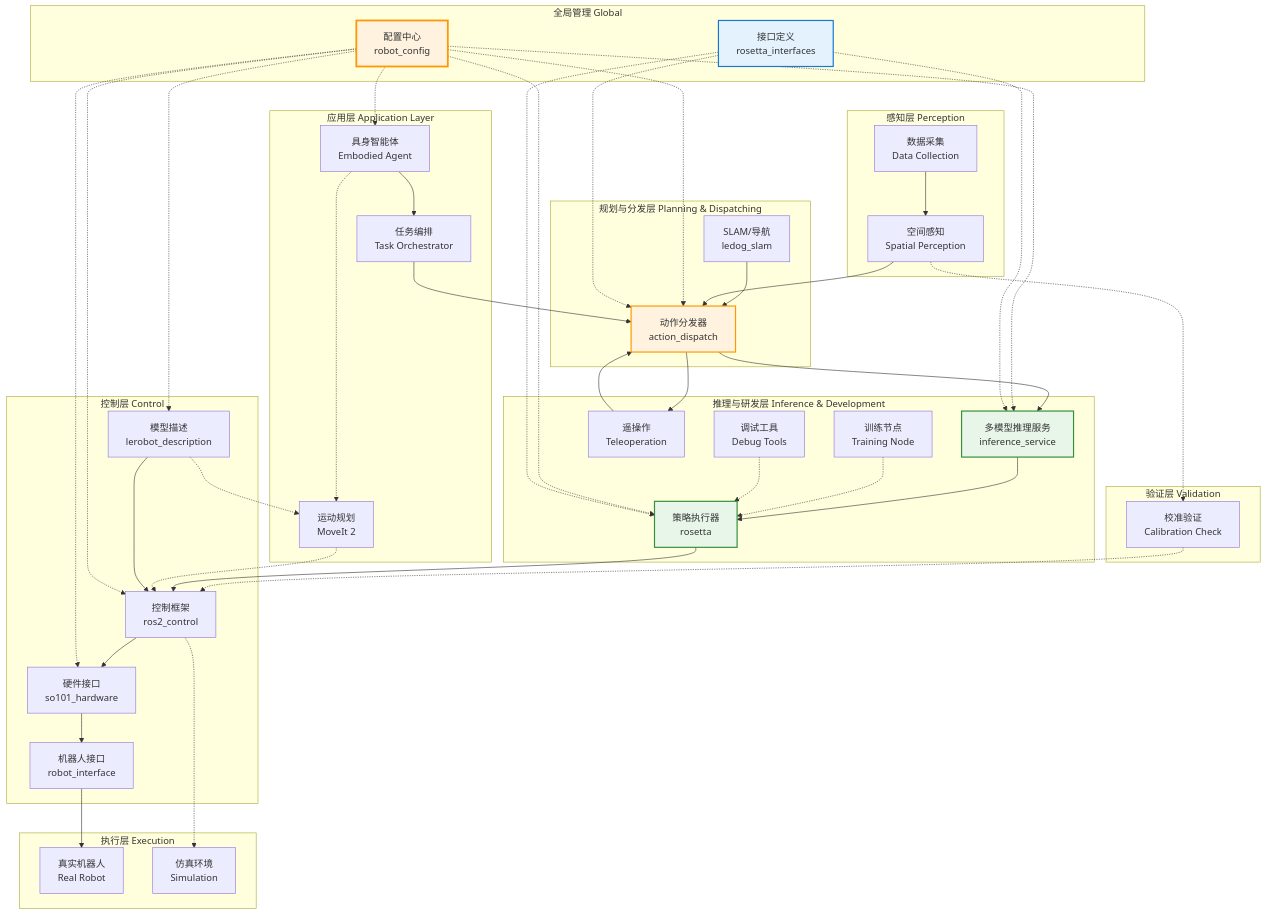
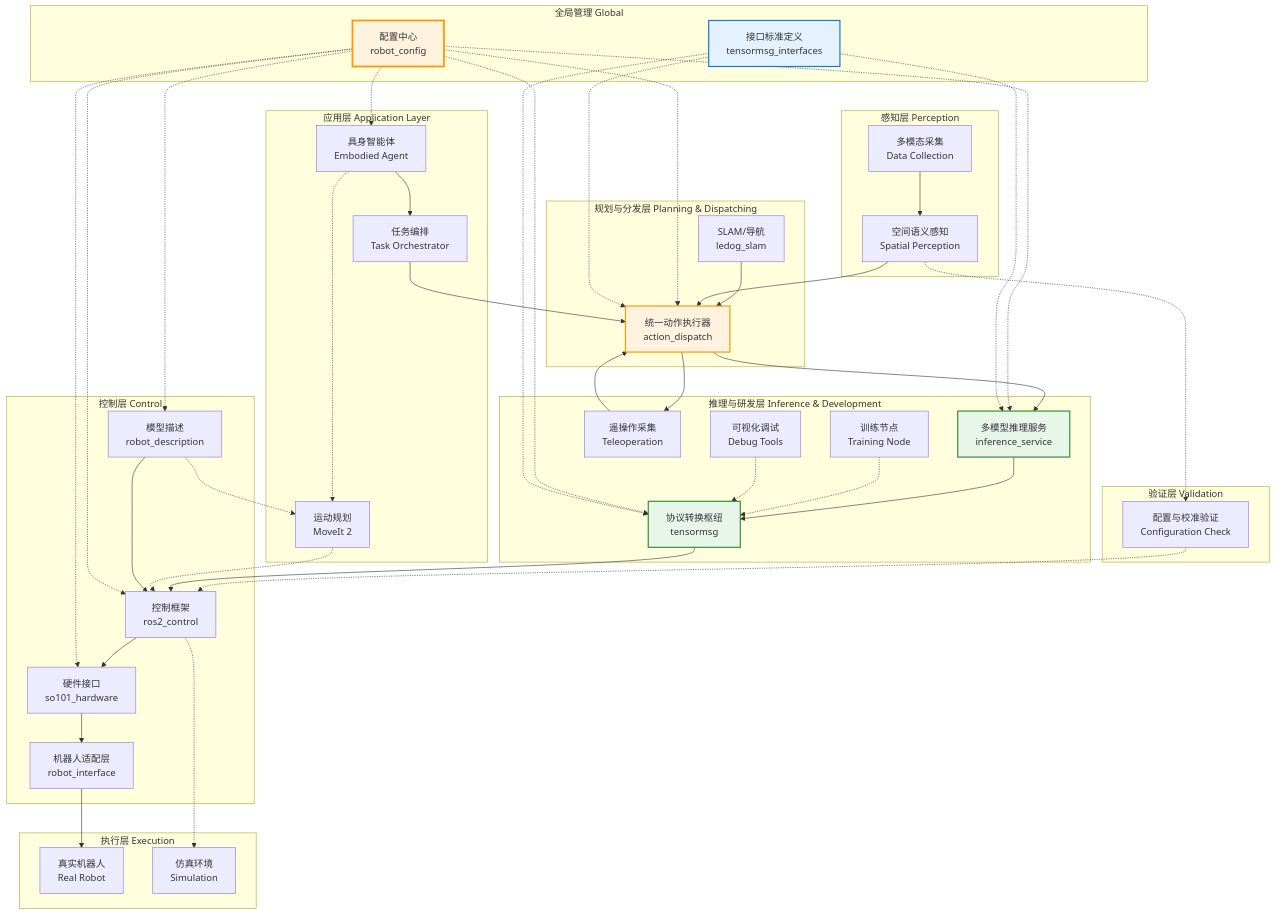
Before and after one commit to wuxiaoqiang12/IB_Robot: the diagram in docs/architecture.md, drawn with Mermaid. The commit also changed other lines of this file and 2 other files, not shown here.

Commit message:
feat(scripts): add conda environment check to setup.sh

```diff
--- a/docs/architecture.md
+++ b/docs/architecture.md
@@ -94,31 +93,31 @@
 
     subgraph "规划与分发层 Planning & Dispatching"
         N1["SLAM/导航<br/>ledog_slam"]
-        N2["动作分发器<br/>action_dispatch"]
+        N2["统一动作执行器<br/>action_dispatch"]
     end
 
     subgraph "推理与研发层 Inference & Development"
-        I1["策略执行器<br/>rosetta"]
+        I1["协议转换枢纽<br/>tensormsg"]
         I2["多模型推理服务<br/>inference_service"]
         I3["训练节点<br/>Training Node"]
-        I4["遥操作<br/>Teleoperation"]
-        I5["调试工具<br/>Debug Tools"]
+        I4["遥操作采集<br/>Teleoperation"]
+        I5["可视化调试<br/>Debug Tools"]
     end
 
     subgraph "感知层 Perception"
-        S1["数据采集<br/>Data Collection"]
-        S2["空间感知<br/>Spatial Perception"]
+        S1["多模态采集<br/>Data Collection"]
+        S2["空间语义感知<br/>Spatial Perception"]
     end
 
     subgraph "验证层 Validation"
-        V1["校准验证<br/>Calibration Check"]
+        V1["配置与校准验证<br/>Configuration Check"]
     end
 
     subgraph "控制层 Control"
         C1["控制框架<br/>ros2_control"]
         C2["硬件接口<br/>so101_hardware"]
-        C3["模型描述<br/>lerobot_description"]
-        C4["机器人接口<br/>robot_interface"]
+        C3["模型描述<br/>robot_description"]
+        C4["机器人适配层<br/>robot_interface"]
     end
 
     subgraph "执行层 Execution"
@@ -128,7 +127,7 @@
 
     subgraph "全局管理 Global"
         G1["配置中心<br/>robot_config"]
-        G2["接口定义<br/>rosetta_interfaces"]
+        G2["接口标准定义<br/>tensormsg_interfaces"]
     end
 
     %% 数据流
```
